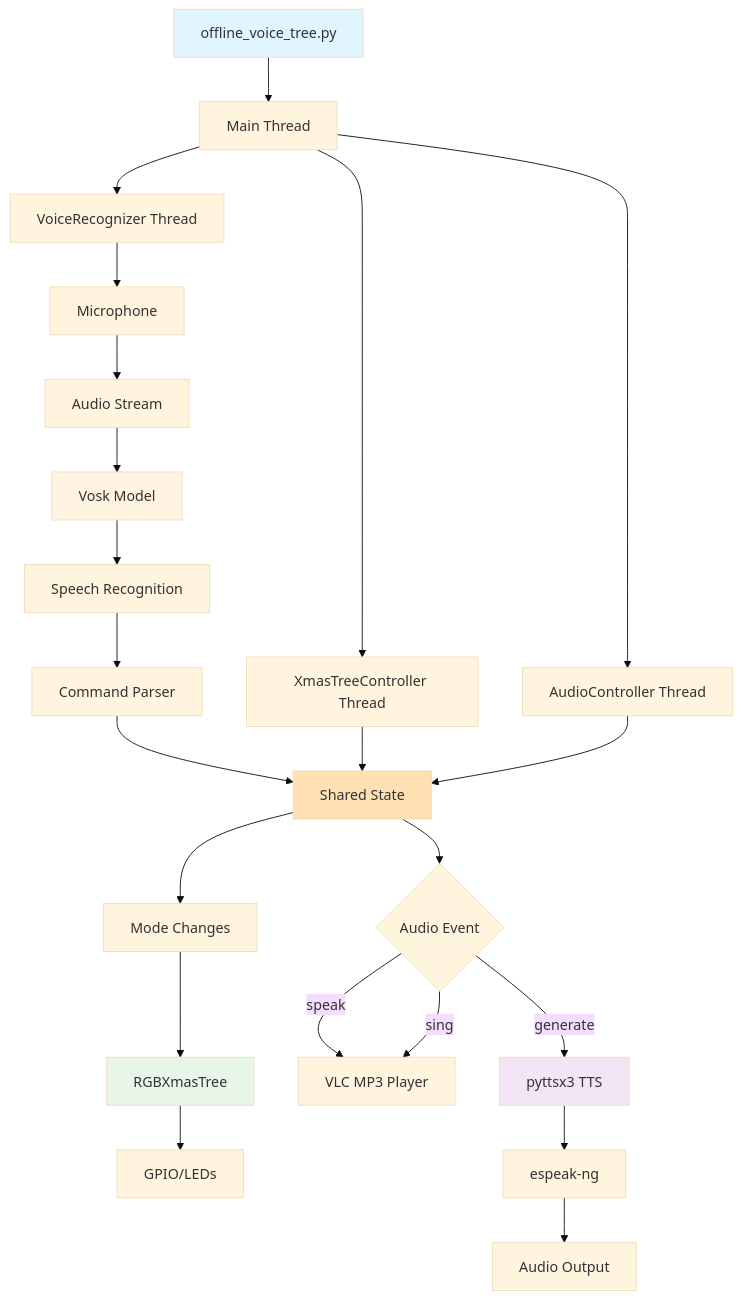
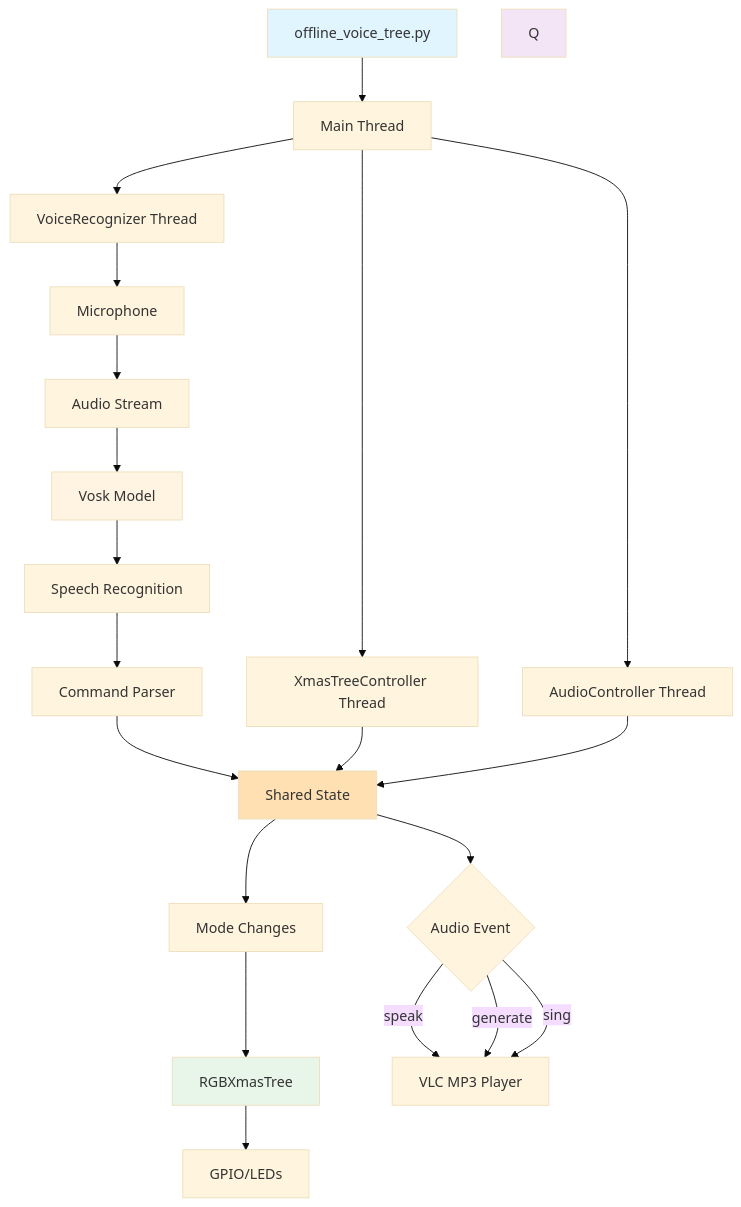
Before and after one commit to malminhas/raspberrypi-xmastree: the third of 3 diagrams in README.md, drawn with Mermaid (base theme). The commit also changed other lines of this file, not shown here.

Commit message:
Updated README with generate info

````diff
--- a/README.md
+++ b/README.md
@@ -302,33 +300,31 @@
 ```mermaid
 graph TB
     A[offline_voice_tree.py] --> B[Main Thread]
     B --> C[VoiceRecognizer Thread]
     B --> D[XmasTreeController Thread]
     B --> E[AudioController Thread]
     
     C --> F[Microphone]
     F --> G[Audio Stream]
     G --> H[Vosk Model]
     H --> I[Speech Recognition]
     I --> J[Command Parser]
     J --> K[Shared State]
     
     D --> K
     K --> L[Mode Changes]
     L --> M[RGBXmasTree]
     M --> N[GPIO/LEDs]
     
     E --> K
     K --> O{Audio Event}
     O -->|speak| P[VLC MP3 Player]
-    O -->|generate| Q[pyttsx3 TTS]
+    O -->|generate| P
     O -->|sing| P
-    Q --> R[espeak-ng]
-    R --> S[Audio Output]
     
     style A fill:#e1f5ff
     style H fill:#fff4e1
     style M fill:#e8f5e9
     style Q fill:#f3e5f5
     style K fill:#ffe0b2
 ```
````
